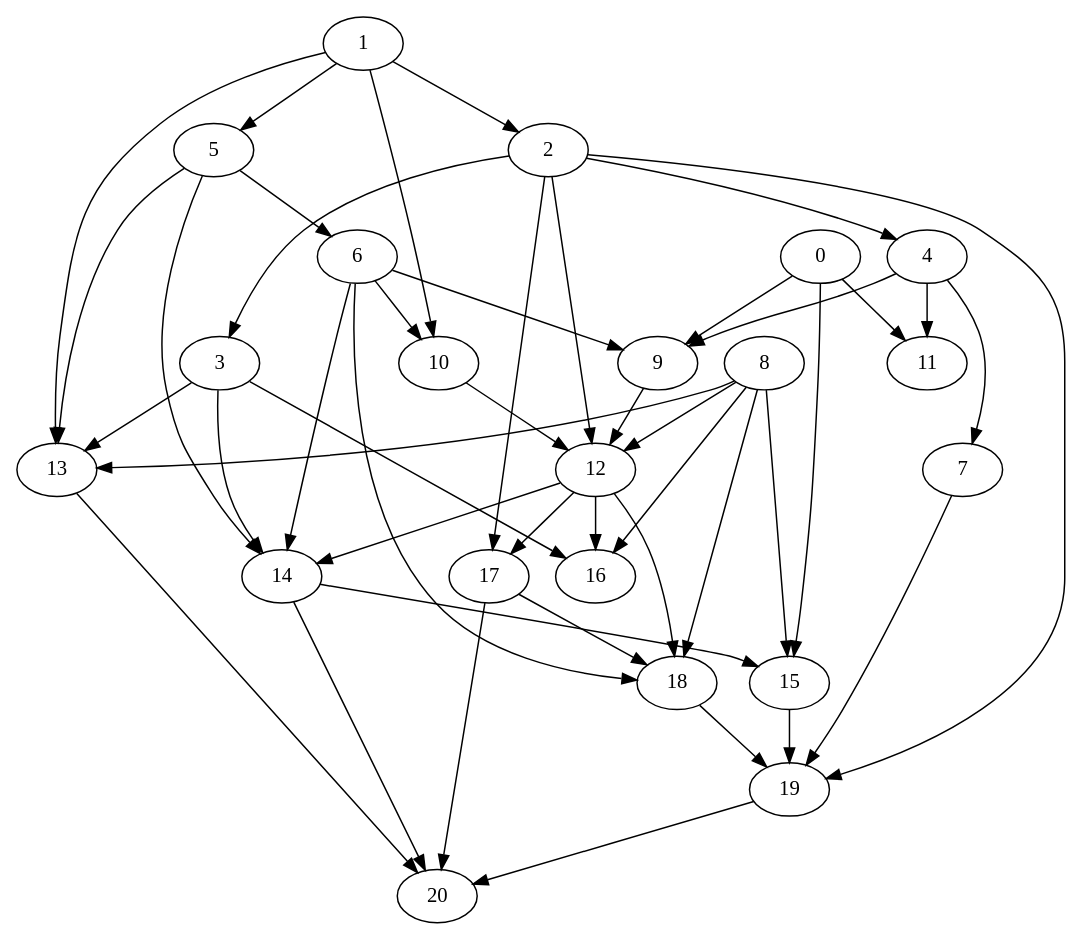
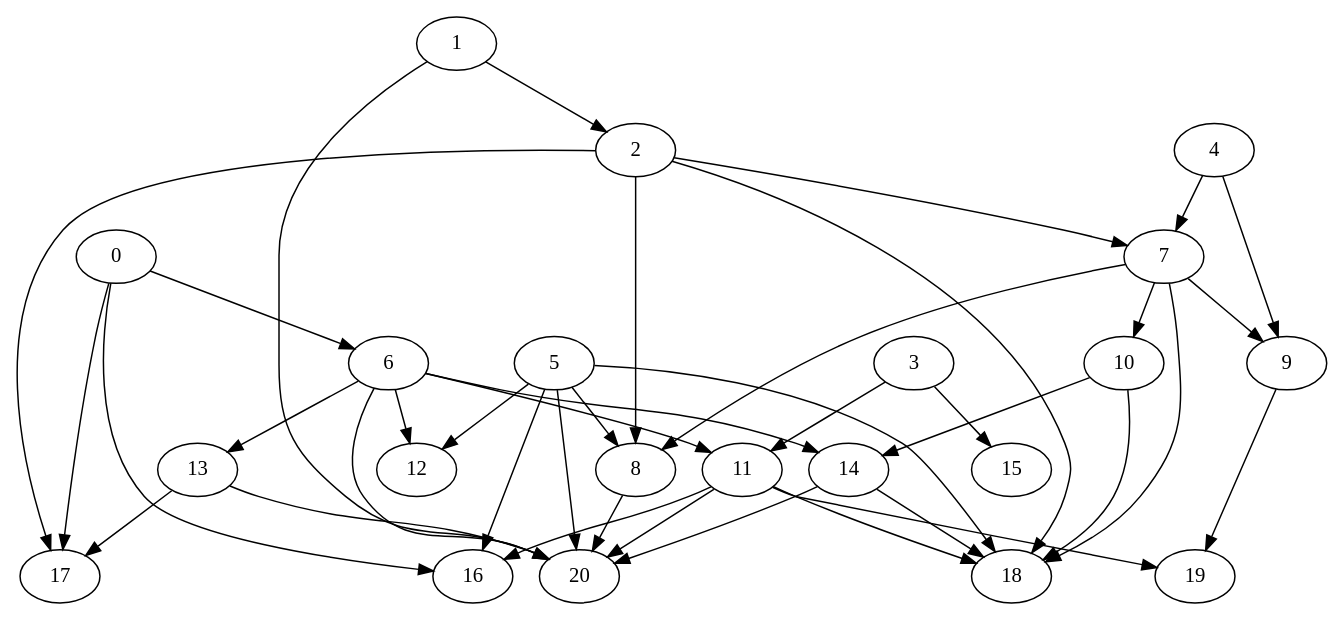
The diagram in input-graphs/Nodes_21_Random.dot (nateeo/parallel-task-scheduler), drawn with Graphviz before and after one commit. The commit also changed 1 other file, not shown here.

```diff
--- a/input-graphs/Nodes_21_Random.dot
+++ b/input-graphs/Nodes_21_Random.dot
@@ -1,75 +1,69 @@
-digraph "Random_Nodes_21_Density_2.14_CCR_9.98_WeightType_Random" {
-	graph [CCR=9.98,
-		Density=2.14,
-		"No of edges"=45,
+digraph "Random_Nodes_21_Density_1.86_CCR_1.86_WeightType_Random" {
+	graph [CCR=1.86,
+		Density=1.86,
+		"No of edges"=39,
 		"No of nodes"=21,
 		"Node concurrency"=-1,
-		"Total sequential time"=130
+		"Total sequential time"=121
 	];
-	0	 [Weight=7];
-	9	 [Weight=5];
-	0 -> 9	 [Weight=37];
-	11	 [Weight=10];
-	0 -> 11	 [Weight=33];
-	15	 [Weight=10];
-	0 -> 15	 [Weight=19];
-	1	 [Weight=8];
-	2	 [Weight=3];
-	1 -> 2	 [Weight=37];
-	5	 [Weight=9];
-	1 -> 5	 [Weight=33];
-	10	 [Weight=3];
-	1 -> 10	 [Weight=47];
-	13	 [Weight=7];
-	1 -> 13	 [Weight=14];
-	3	 [Weight=3];
-	2 -> 3	 [Weight=47];
+	0	 [Weight=2];
+	6	 [Weight=9];
+	0 -> 6	 [Weight=6];
+	16	 [Weight=5];
+	0 -> 16	 [Weight=5];
+	17	 [Weight=8];
+	0 -> 17	 [Weight=7];
+	1	 [Weight=2];
+	2	 [Weight=8];
+	1 -> 2	 [Weight=4];
+	20	 [Weight=4];
+	1 -> 20	 [Weight=4];
+	7	 [Weight=7];
+	2 -> 7	 [Weight=6];
+	8	 [Weight=2];
+	2 -> 8	 [Weight=5];
+	2 -> 17	 [Weight=3];
+	18	 [Weight=4];
+	2 -> 18	 [Weight=9];
+	3	 [Weight=2];
+	11	 [Weight=8];
+	3 -> 11	 [Weight=10];
+	15	 [Weight=2];
+	3 -> 15	 [Weight=5];
 	4	 [Weight=2];
-	2 -> 4	 [Weight=23];
+	4 -> 7	 [Weight=10];
+	9	 [Weight=10];
+	4 -> 9	 [Weight=5];
+	5	 [Weight=10];
+	5 -> 8	 [Weight=4];
 	12	 [Weight=6];
-	2 -> 12	 [Weight=14];
-	17	 [Weight=4];
-	2 -> 17	 [Weight=28];
-	19	 [Weight=9];
-	2 -> 19	 [Weight=42];
-	3 -> 13	 [Weight=33];
-	14	 [Weight=6];
-	3 -> 14	 [Weight=33];
-	16	 [Weight=2];
-	3 -> 16	 [Weight=14];
-	7	 [Weight=9];
-	4 -> 7	 [Weight=19];
-	4 -> 9	 [Weight=19];
-	4 -> 11	 [Weight=42];
-	6	 [Weight=10];
-	5 -> 6	 [Weight=33];
-	5 -> 13	 [Weight=23];
-	5 -> 14	 [Weight=37];
-	6 -> 9	 [Weight=42];
-	6 -> 10	 [Weight=9];
-	6 -> 14	 [Weight=42];
-	18	 [Weight=9];
-	6 -> 18	 [Weight=9];
-	7 -> 19	 [Weight=23];
-	8	 [Weight=4];
-	8 -> 12	 [Weight=37];
-	8 -> 13	 [Weight=23];
-	8 -> 15	 [Weight=14];
-	8 -> 16	 [Weight=23];
-	8 -> 18	 [Weight=33];
-	9 -> 12	 [Weight=33];
-	10 -> 12	 [Weight=42];
-	12 -> 14	 [Weight=42];
-	12 -> 16	 [Weight=9];
-	12 -> 17	 [Weight=47];
-	12 -> 18	 [Weight=37];
-	20	 [Weight=4];
-	13 -> 20	 [Weight=47];
-	14 -> 15	 [Weight=14];
-	14 -> 20	 [Weight=37];
-	15 -> 19	 [Weight=14];
-	17 -> 18	 [Weight=37];
-	17 -> 20	 [Weight=14];
-	18 -> 19	 [Weight=28];
-	19 -> 20	 [Weight=14];
+	5 -> 12	 [Weight=7];
+	5 -> 16	 [Weight=10];
+	5 -> 18	 [Weight=2];
+	5 -> 20	 [Weight=3];
+	6 -> 11	 [Weight=5];
+	6 -> 12	 [Weight=7];
+	13	 [Weight=10];
+	6 -> 13	 [Weight=8];
+	14	 [Weight=10];
+	6 -> 14	 [Weight=3];
+	6 -> 20	 [Weight=6];
+	7 -> 8	 [Weight=3];
+	7 -> 9	 [Weight=7];
+	10	 [Weight=7];
+	7 -> 10	 [Weight=3];
+	7 -> 18	 [Weight=10];
+	8 -> 20	 [Weight=10];
+	19	 [Weight=3];
+	9 -> 19	 [Weight=3];
+	10 -> 14	 [Weight=4];
+	10 -> 18	 [Weight=7];
+	11 -> 16	 [Weight=7];
+	11 -> 18	 [Weight=8];
+	11 -> 19	 [Weight=2];
+	11 -> 20	 [Weight=9];
+	13 -> 17	 [Weight=4];
+	13 -> 20	 [Weight=2];
+	14 -> 18	 [Weight=7];
+	14 -> 20	 [Weight=5];
 }
```
